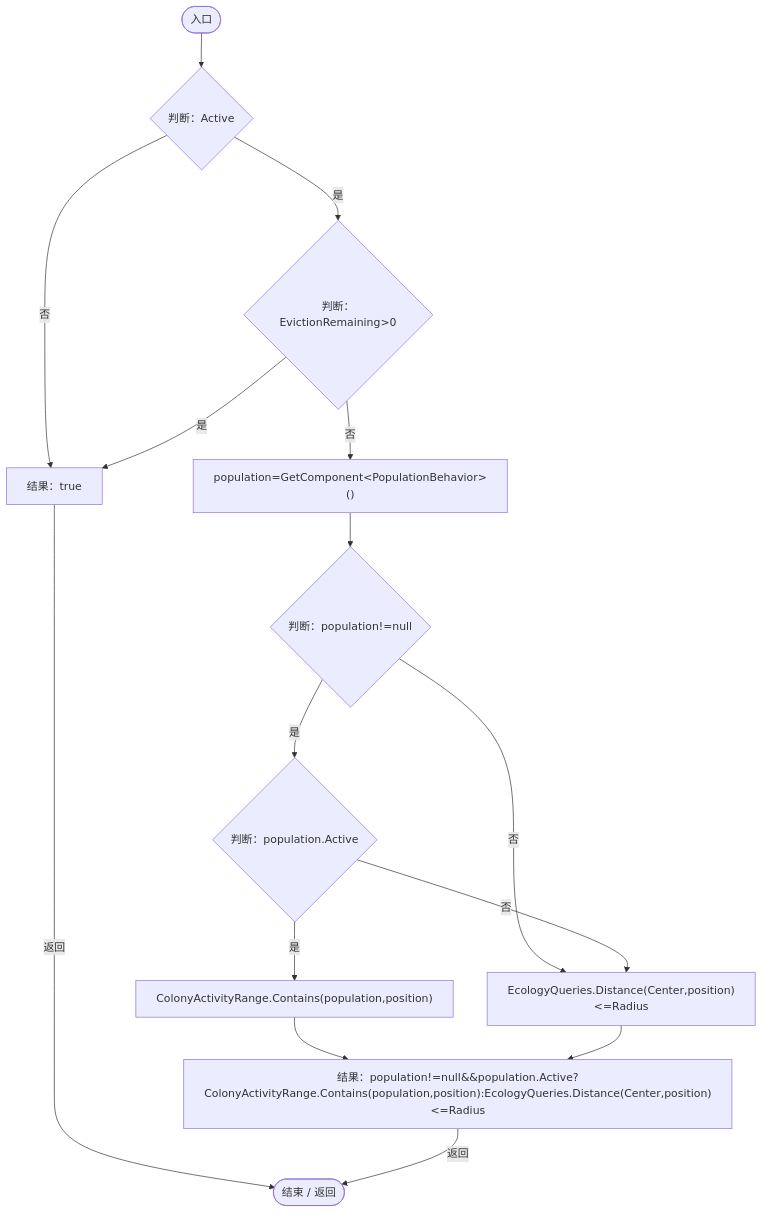
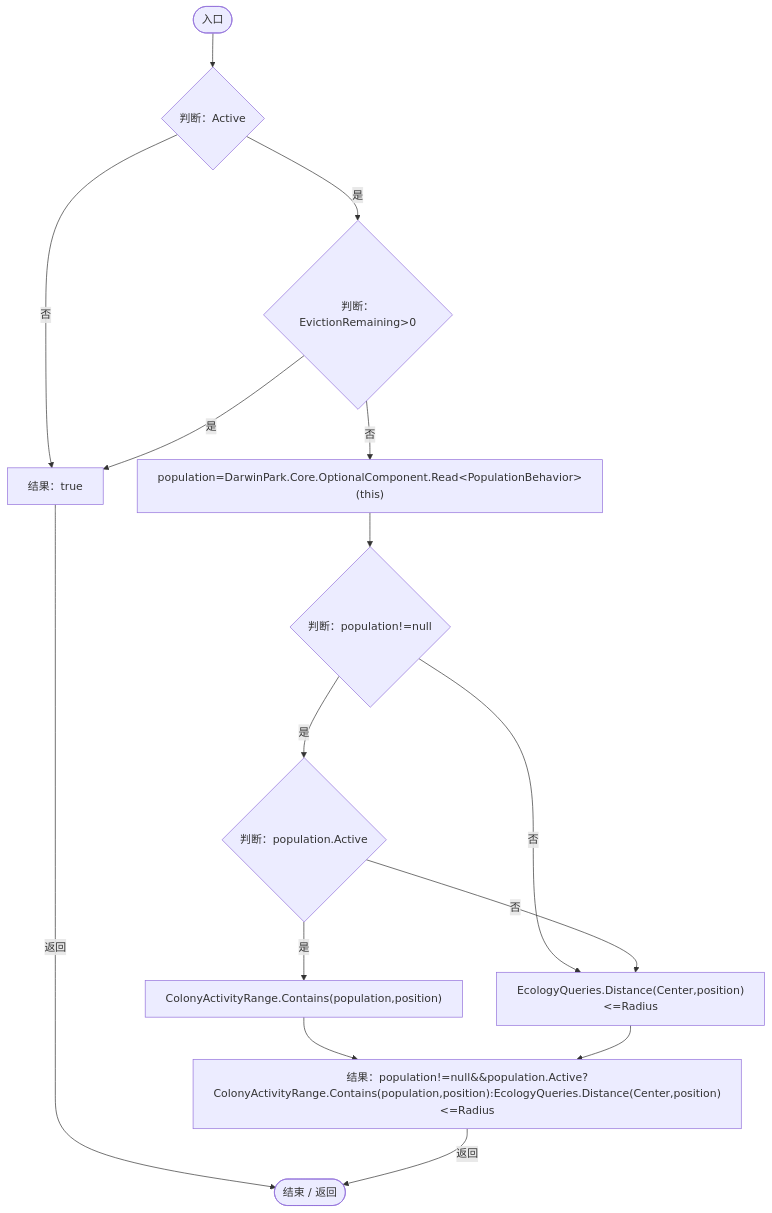
One commit to xhs6666/Darwin_paradise changed diagram 19 of 22 in Docs/运行流程图/脚本/19d504dcdc8bc624.md. Above: the diagram before and after it, drawn with Mermaid. The commit also changed other lines of this file and 297 other files, not shown here.

````diff
--- a/Docs/运行流程图/脚本/19d504dcdc8bc624.md
+++ b/Docs/运行流程图/脚本/19d504dcdc8bc624.md
@@ -478,29 +478,29 @@
 ```mermaid
 flowchart TD
   b0(["入口"])
   b1{"判断：Active"}
   b2{"判断：EvictionRemaining&gt;0"}
   b3["结果：true"]
-  b4["population=GetComponent&lt;PopulationBehavior&gt;()"]
+  b4["population=DarwinPark.Core.OptionalComponent.Read&lt;PopulationBehavior&gt;(this)"]
   b5{"判断：population!=null"}
   b6{"判断：population.Active"}
   b7["ColonyActivityRange.Contains(population,position)"]
   b8["EcologyQueries.Distance(Center,position)&lt;=Radius"]
   b9["结果：population!=null&amp;&amp;population.Active?ColonyActivityRange.Contains(population,position):EcologyQueries.Distance(Center,position)&lt;=Radius"]
   b10(["结束 / 返回"])
   b0 --> b1
   b1 -->|"是"| b2
   b1 -->|"否"| b3
   b2 -->|"是"| b3
   b2 -->|"否"| b4
   b3 -->|"返回"| b10
   b4 --> b5
   b5 -->|"是"| b6
   b5 -->|"否"| b8
   b6 -->|"是"| b7
   b6 -->|"否"| b8
   b7 --> b9
   b8 --> b9
   b9 -->|"返回"| b10
 
 ```
````
